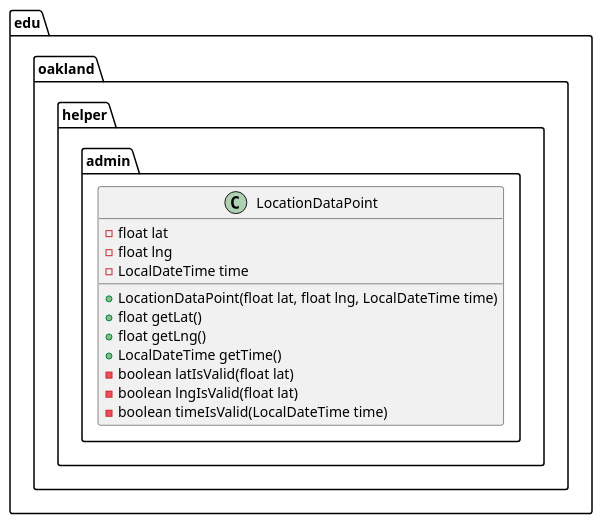
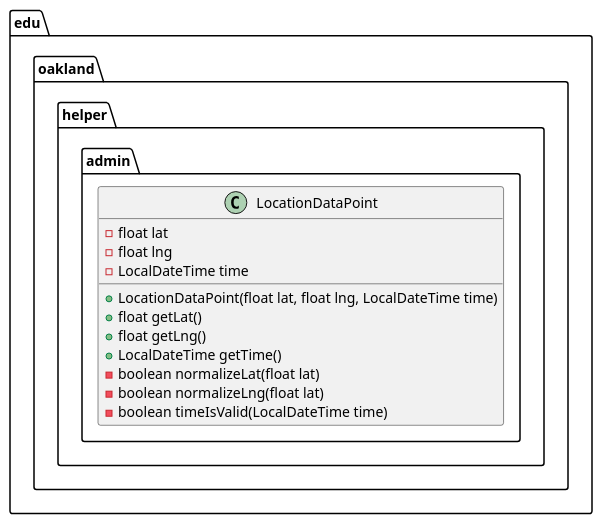
One commit to andrewdimmer/csi-3370-software-project changed the diagram in docs/uml-class-diagrams/admin/helper/LocationDataPoint/LocationDataPoint.puml. Above: the diagram before and after it, drawn with PlantUML. The commit also changed 7 other files, not shown here.

```diff
--- a/docs/uml-class-diagrams/admin/helper/LocationDataPoint/LocationDataPoint.puml
+++ b/docs/uml-class-diagrams/admin/helper/LocationDataPoint/LocationDataPoint.puml
@@ -1,18 +1,18 @@
 @startuml LocationDataPoint
 
 package edu.oakland.helper.admin {
     class LocationDataPoint {
         - float lat
         - float lng
         - LocalDateTime time
         + LocationDataPoint(float lat, float lng, LocalDateTime time)
         + float getLat()
         + float getLng()
         + LocalDateTime getTime()
-        - boolean latIsValid(float lat)
-        - boolean lngIsValid(float lat)
+        - boolean normalizeLat(float lat)
+        - boolean normalizeLng(float lat)
         - boolean timeIsValid(LocalDateTime time)
     }
 }
 
 @enduml
```
